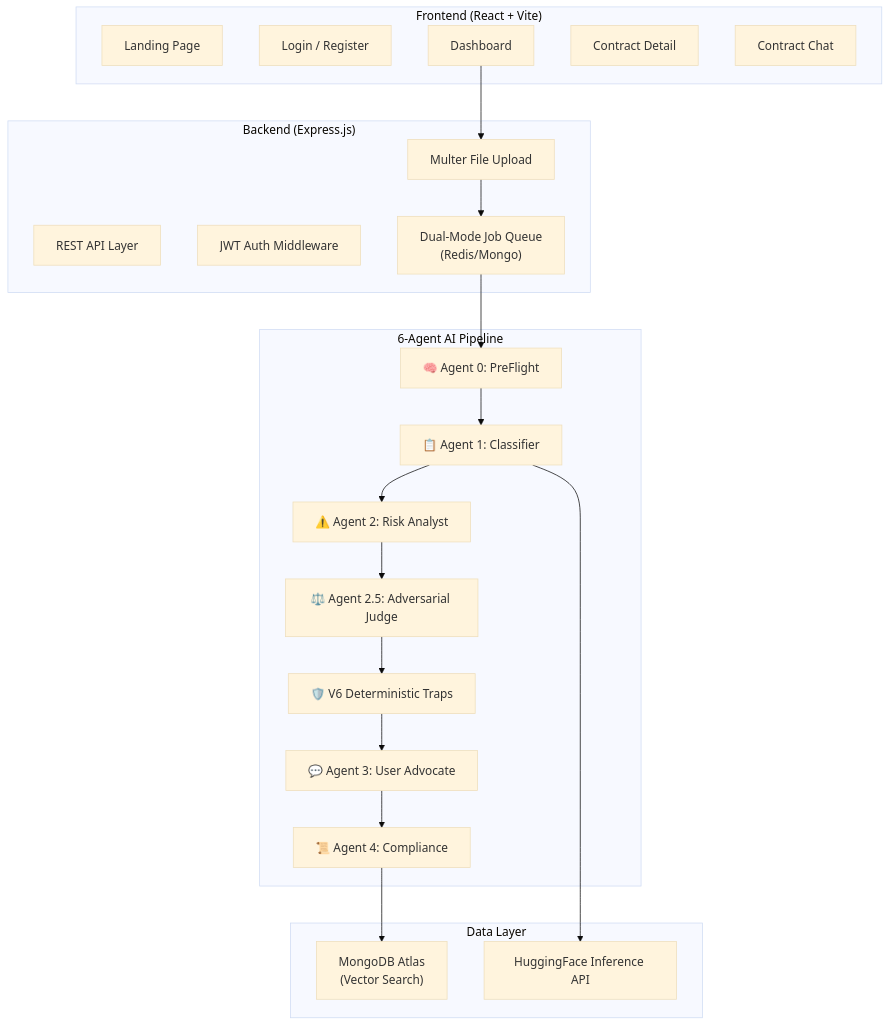
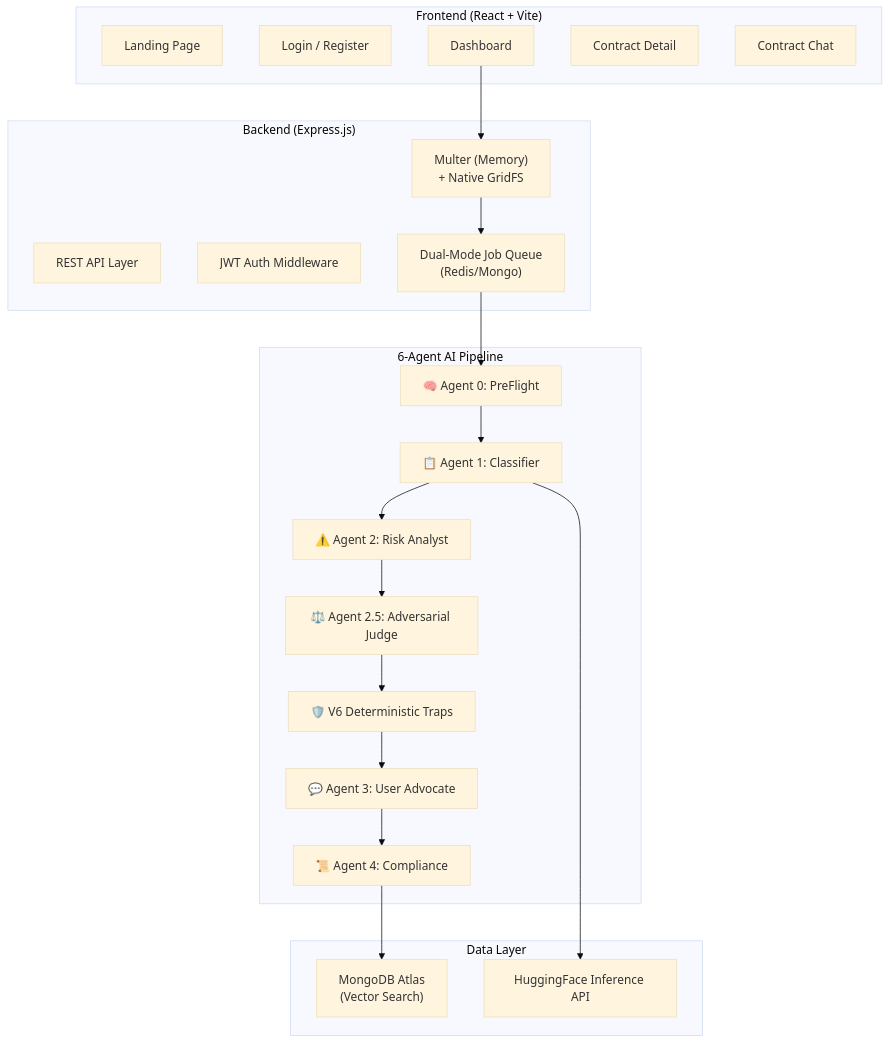
One commit to Aditya2514/LexGuard changed the first of 3 diagrams in README.md. Above: the diagram before and after it, drawn with Mermaid (base theme). The commit also changed other lines of this file and 2 other files, not shown here.

````diff
--- a/README.md
+++ b/README.md
@@ -31,37 +32,37 @@
 ```mermaid
 graph TB
     subgraph "Frontend (React + Vite)"
         LP["Landing Page"]
         Login["Login / Register"]
         Dashboard["Dashboard"]
         Detail["Contract Detail"]
         Chat["Contract Chat"]
     end
 
     subgraph "Backend (Express.js)"
         API["REST API Layer"]
         Auth["JWT Auth Middleware"]
-        Upload["Multer File Upload"]
+        Upload["Multer (Memory)\n+ Native GridFS"]
         Queue["Dual-Mode Job Queue\n(Redis/Mongo)"]
     end
 
     subgraph "6-Agent AI Pipeline"
         A0["🧠 Agent 0: PreFlight"]
         A1["📋 Agent 1: Classifier"]
         A2["⚠️ Agent 2: Risk Analyst"]
         A25["⚖️ Agent 2.5: Adversarial Judge"]
         V6["🛡️ V6 Deterministic Traps"]
         A3["💬 Agent 3: User Advocate"]
         A4["📜 Agent 4: Compliance"]
     end
 
     subgraph "Data Layer"
         Mongo["MongoDB Atlas\n(Vector Search)"]
         LLM["HuggingFace Inference API"]
     end
 
     Dashboard --> Upload --> Queue
     Queue --> A0 --> A1 --> A2 --> A25 --> V6 --> A3 --> A4
     A4 --> Mongo
     A1 --> LLM
 ```
````
